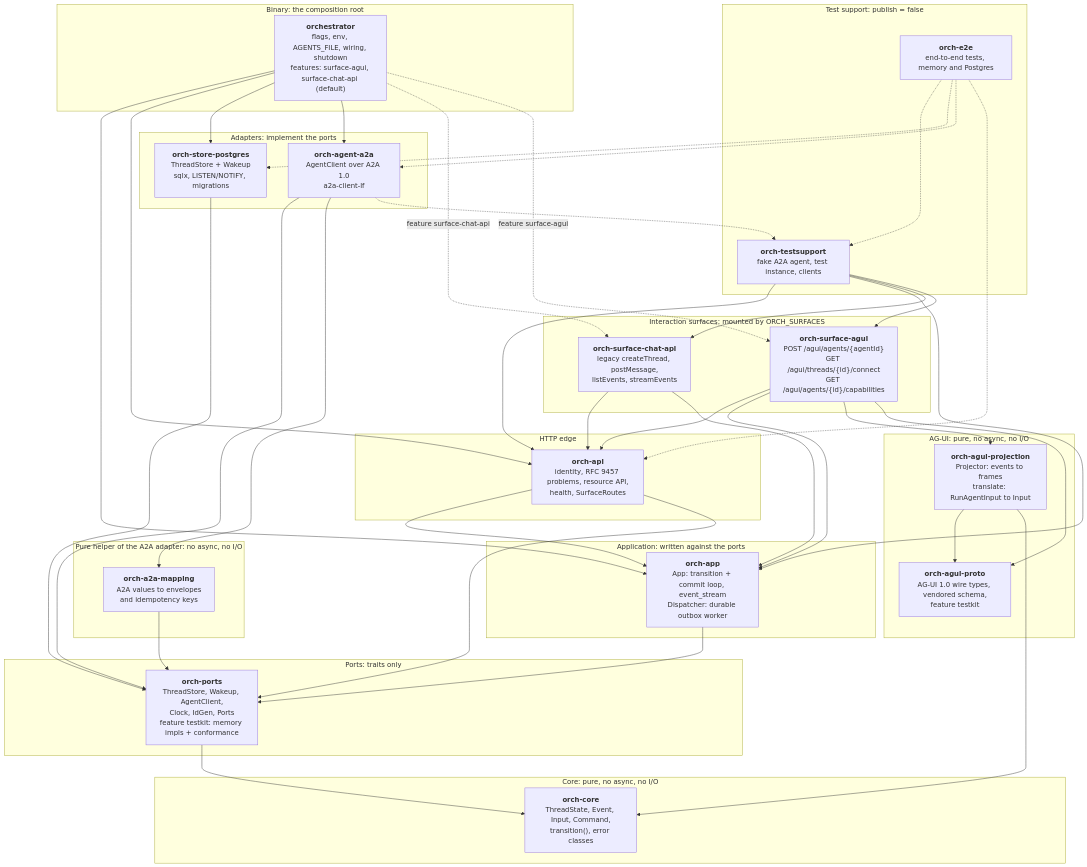
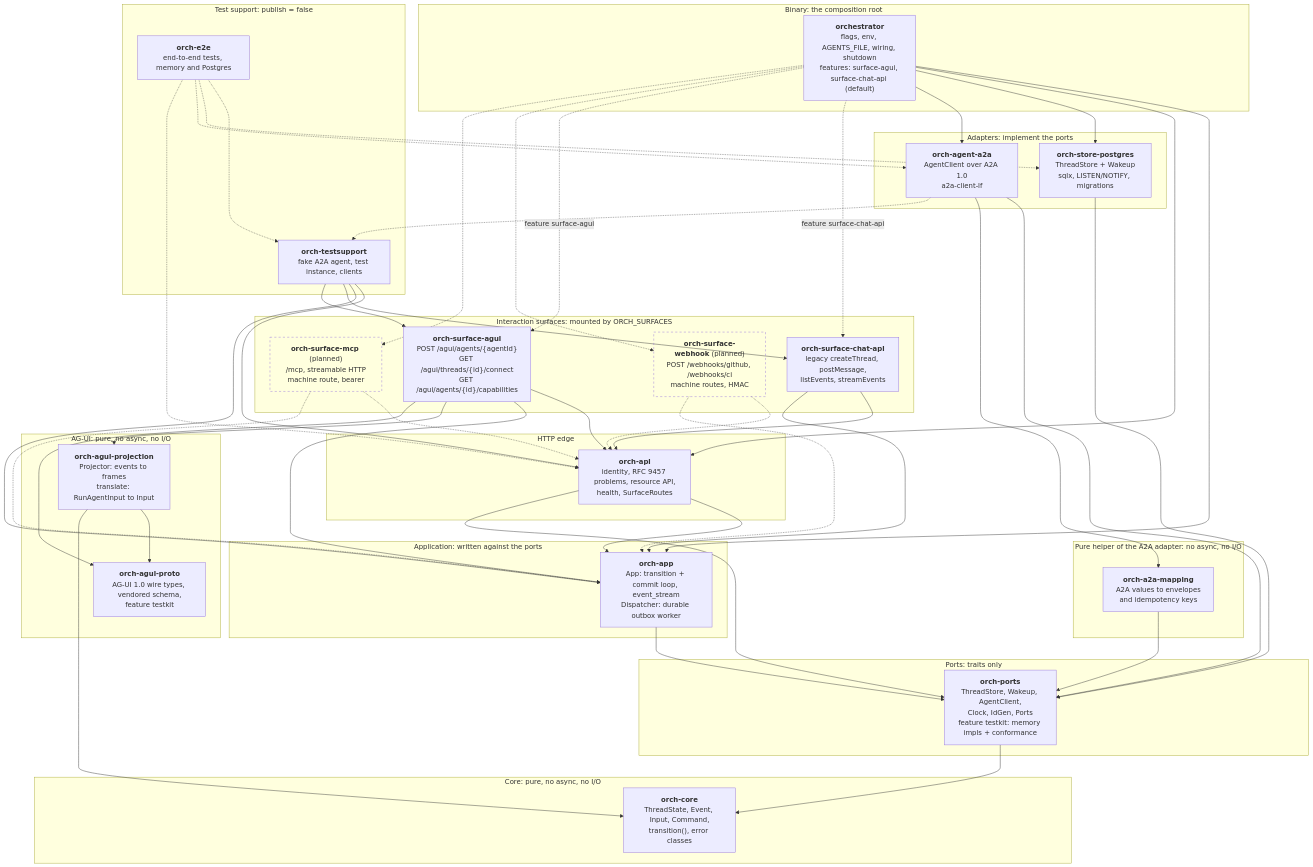
One commit to vymalo/another-agentic-system changed the first of 13 diagrams in docs/orchestrator.md. Above: the diagram before and after it, drawn with Mermaid. The commit also changed other lines of this file and 12 other files, not shown here.

First line of the commit message:
docs: ADRs 0016–0019 for inbox, CI webhooks, verification gate, MCP server (#47)

````diff
--- a/docs/orchestrator.md
+++ b/docs/orchestrator.md
@@ -62,71 +73,79 @@
 ```mermaid
 flowchart TB
   subgraph G_CORE["Core: pure, no async, no I/O"]
     core["<b>orch-core</b><br/>ThreadState, Event, Input, Command,<br/>transition(), error classes"]
   end
   subgraph G_PORTS["Ports: traits only"]
     ports["<b>orch-ports</b><br/>ThreadStore, Wakeup, AgentClient,<br/>Clock, IdGen, Ports<br/>feature testkit: memory impls + conformance"]
   end
   subgraph G_ADAPT["Adapters: implement the ports"]
     pg["<b>orch-store-postgres</b><br/>ThreadStore + Wakeup<br/>sqlx, LISTEN/NOTIFY, migrations"]
     a2a["<b>orch-agent-a2a</b><br/>AgentClient over A2A 1.0<br/>a2a-client-lf"]
   end
   subgraph G_MAP["Pure helper of the A2A adapter: no async, no I/O"]
     a2amap["<b>orch-a2a-mapping</b><br/>A2A values to envelopes<br/>and idempotency keys"]
   end
   subgraph G_APP["Application: written against the ports"]
     app["<b>orch-app</b><br/>App: transition + commit loop, event_stream<br/>Dispatcher: durable outbox worker"]
   end
   subgraph G_EDGE["HTTP edge"]
     api["<b>orch-api</b><br/>identity, RFC 9457 problems, resource API,<br/>health, SurfaceRoutes"]
   end
   subgraph G_SURF["Interaction surfaces: mounted by ORCH_SURFACES"]
     chat["<b>orch-surface-chat-api</b><br/>legacy createThread, postMessage,<br/>listEvents, streamEvents"]
     surfagui["<b>orch-surface-agui</b><br/>POST /agui/agents/{agentId}<br/>GET /agui/threads/{id}/connect<br/>GET /agui/agents/{id}/capabilities"]
+    surfwh["<b>orch-surface-webhook</b> (planned)<br/>POST /webhooks/github, /webhooks/ci<br/>machine routes, HMAC"]:::planned
+    surfmcp["<b>orch-surface-mcp</b> (planned)<br/>/mcp, streamable HTTP<br/>machine route, bearer"]:::planned
   end
   subgraph G_AGUI["AG-UI: pure, no async, no I/O"]
     proto["<b>orch-agui-proto</b><br/>AG-UI 1.0 wire types, vendored schema,<br/>feature testkit"]
     proj["<b>orch-agui-projection</b><br/>Projector: events to frames<br/>translate: RunAgentInput to Input"]
   end
   subgraph G_BIN["Binary: the composition root"]
     bin["<b>orchestrator</b><br/>flags, env, AGENTS_FILE, wiring, shutdown<br/>features: surface-agui, surface-chat-api (default)"]
   end
   subgraph G_TEST["Test support: publish = false"]
     ts["<b>orch-testsupport</b><br/>fake A2A agent, test instance, clients"]
     e2e["<b>orch-e2e</b><br/>end-to-end tests, memory and Postgres"]
   end
 
   ports --> core
   pg --> ports
   a2a --> ports
   a2a --> a2amap
   a2amap --> ports
   app --> ports
   api --> app
   api --> ports
   chat --> api
   chat --> app
   proj --> proto
   proj --> core
   bin --> app
   bin --> api
   bin --> pg
   bin --> a2a
   bin -. "feature surface-chat-api" .-> chat
   bin -. "feature surface-agui" .-> surfagui
   surfagui --> api
   surfagui --> app
   surfagui --> proj
   surfagui --> proto
+  surfwh -.-> api
+  surfwh -.-> app
+  surfmcp -.-> api
+  surfmcp -.-> app
+  bin -.-> surfwh
+  bin -.-> surfmcp
   ts --> api
   ts --> app
   ts --> chat
   ts --> surfagui
   e2e -.-> ts
   e2e -.-> pg
   e2e -.-> a2a
   e2e -.-> api
   a2a -.-> ts
 
   classDef planned stroke-dasharray: 5 5,fill:none
 ```
````
